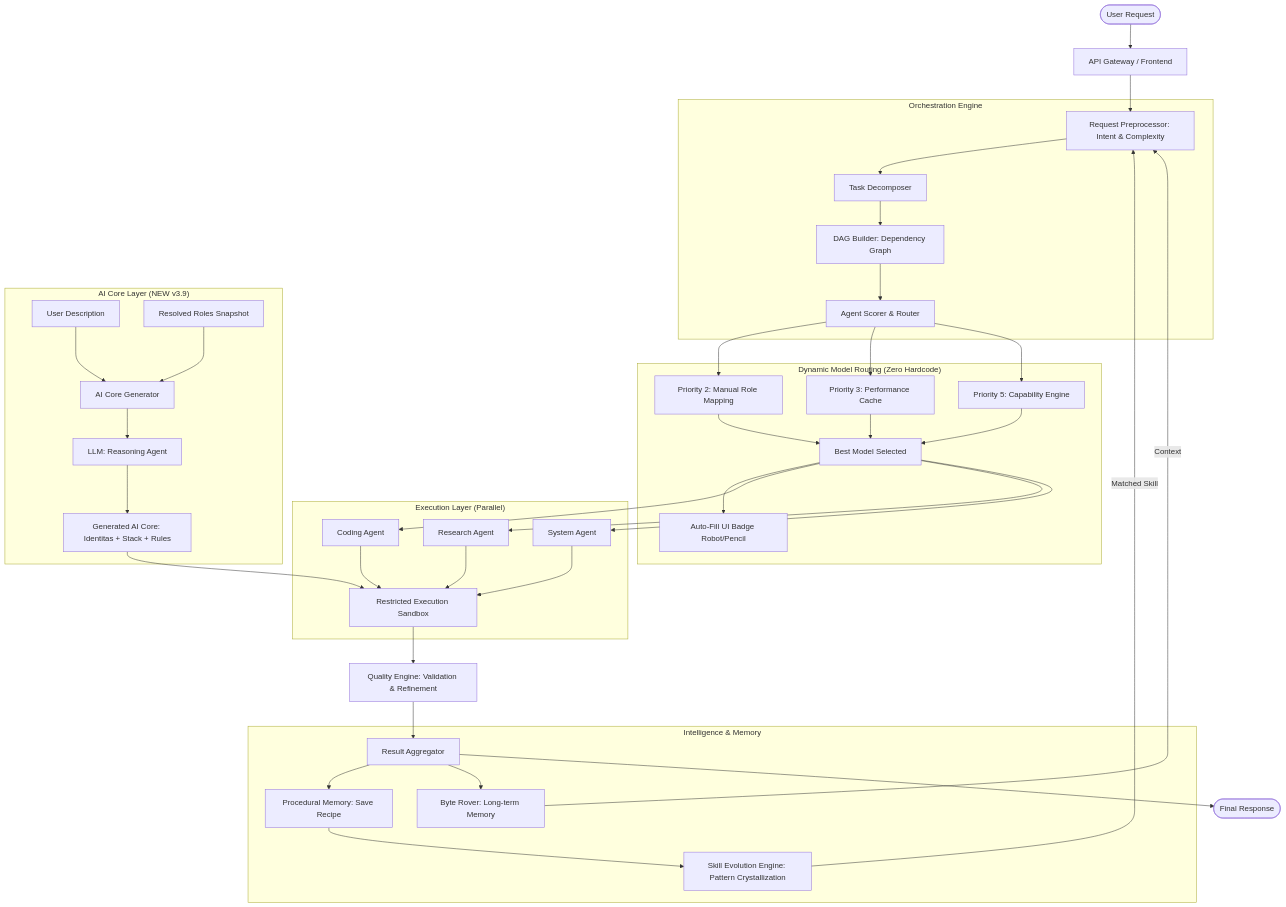
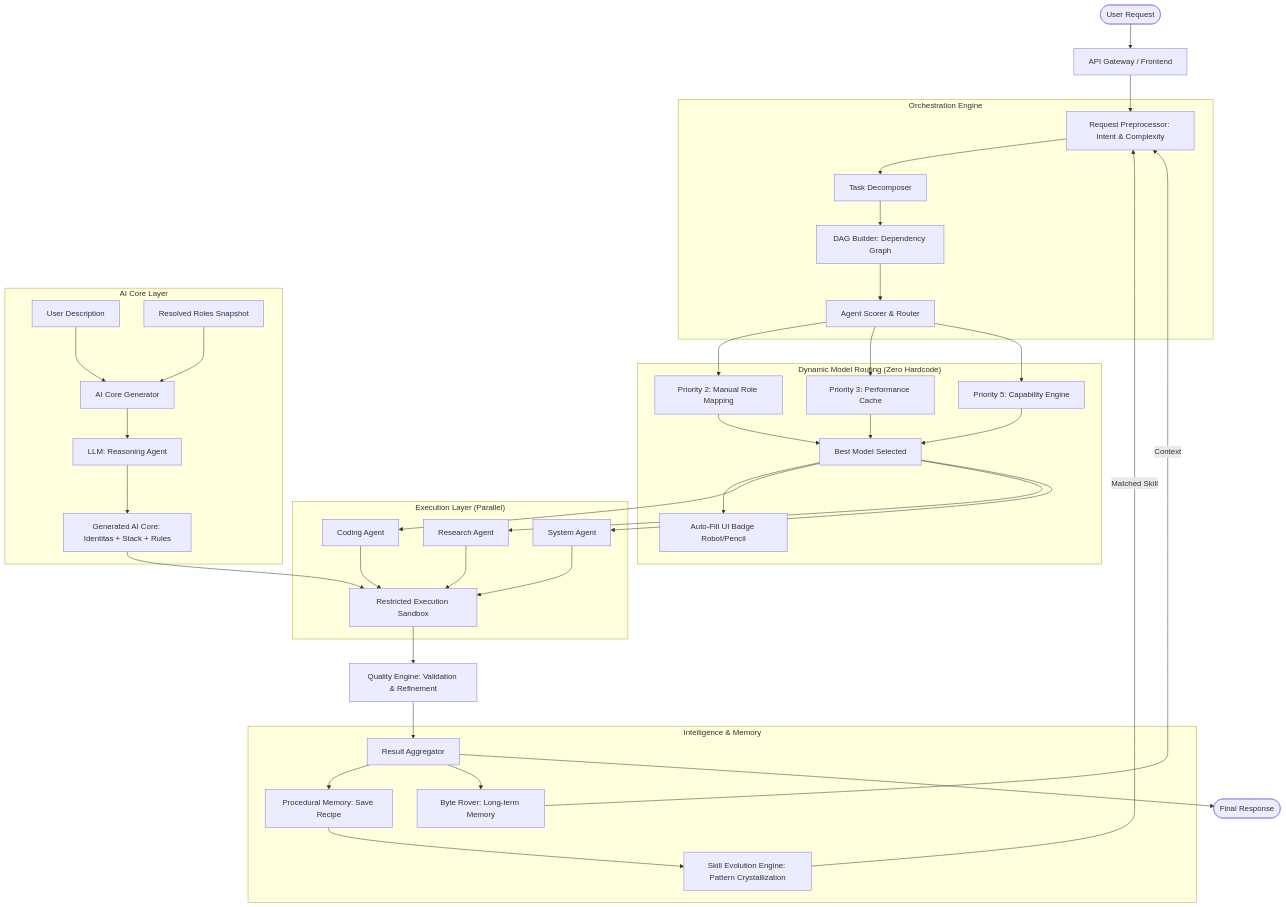
Before and after one commit to maztfajar/ai-super: the diagram in README.md, drawn with Mermaid. The commit also changed other lines of this file, not shown here.

Commit message:
docs: remove verbose architectural documentation and redundant version history from README

````diff
--- a/README.md
+++ b/README.md
@@ -348,54 +52,54 @@
 ```mermaid
 graph TD
     User([User Request]) --> Gateway[API Gateway / Frontend]
     Gateway --> Preprocessor[Request Preprocessor: Intent & Complexity]
 
     subgraph Orchestration["Orchestration Engine"]
         Preprocessor --> Decomposer[Task Decomposer]
         Decomposer --> DAG[DAG Builder: Dependency Graph]
         DAG --> Scorer[Agent Scorer & Router]
     end
 
     subgraph Routing["Dynamic Model Routing (Zero Hardcode)"]
         Scorer --> P2[Priority 2: Manual Role Mapping]
         Scorer --> P3[Priority 3: Performance Cache]
         Scorer --> P5[Priority 5: Capability Engine]
         
         P2 --> ModelSelect[Best Model Selected]
         P3 --> ModelSelect
         P5 --> ModelSelect
         
         ModelSelect --> AutoFill[Auto-Fill UI Badge Robot/Pencil]
     end
 
     subgraph Execution["Execution Layer (Parallel)"]
         ModelSelect --> Agent1[Coding Agent]
         ModelSelect --> Agent2[Research Agent]
         ModelSelect --> Agent3[System Agent]
         
         Agent1 --> Sandbox[Restricted Execution Sandbox]
         Agent2 --> Sandbox
         Agent3 --> Sandbox
     end
 
-    subgraph CoreLayer["AI Core Layer (NEW v3.9)"]
+    subgraph CoreLayer["AI Core Layer"]
         UserDesc[User Description] --> CoreGen[AI Core Generator]
         RoleMap[Resolved Roles Snapshot] --> CoreGen
         CoreGen --> LLM[LLM: Reasoning Agent]
         LLM --> AiCore["Generated AI Core: Identitas + Stack + Rules"]
         AiCore --> Sandbox
     end
 
     Sandbox --> Quality[Quality Engine: Validation & Refinement]
     Quality --> Aggregator[Result Aggregator]
 
     subgraph Intelligence["Intelligence & Memory"]
         Aggregator --> PM[Procedural Memory: Save Recipe]
         PM --> SE[Skill Evolution Engine: Pattern Crystallization]
         SE -- Matched Skill --> Preprocessor
         Aggregator --> BR[Byte Rover: Long-term Memory]
         BR -- Context --> Preprocessor
     end
 
     Aggregator --> Response([Final Response])
 ```
````
